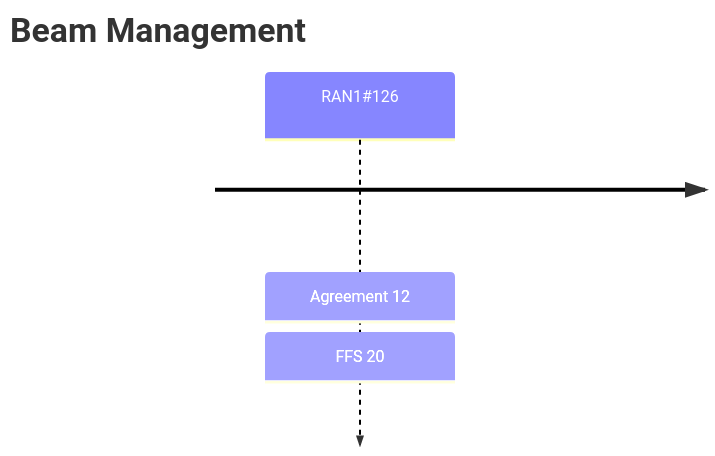
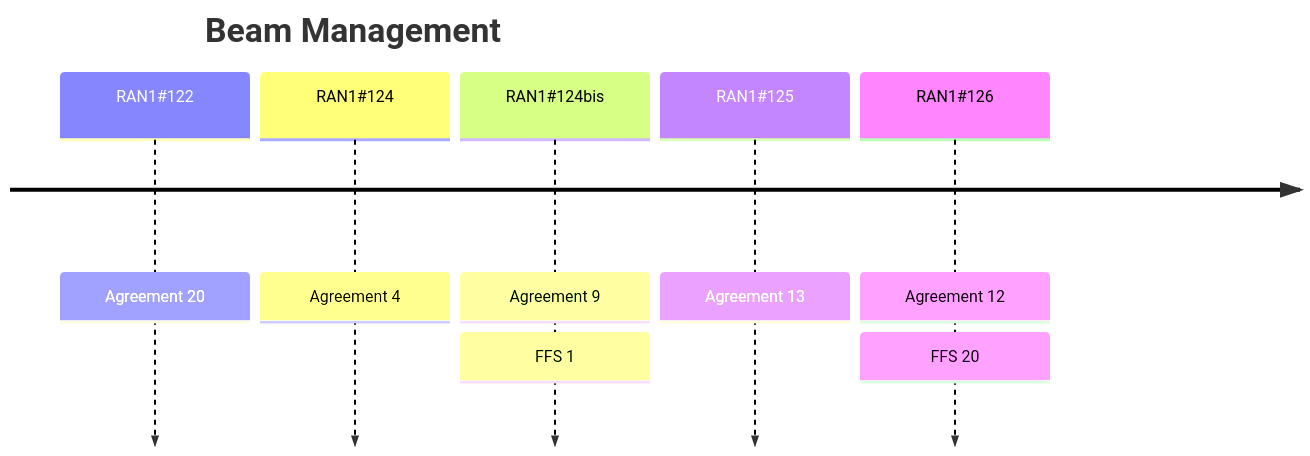
One commit to jgunmoon/JG_Test_Project changed the diagram in reports/by_item/beam_management.md. Above: the diagram before and after it, drawn with Mermaid. The commit also changed other lines of this file and 21 other files, not shown here.

````diff
--- a/reports/by_item/beam_management.md
+++ b/reports/by_item/beam_management.md
@@ -7,5 +7,9 @@
 ```mermaid
 timeline
     title Beam Management
+    RAN1#35;122 : Agreement 20
+    RAN1#35;124 : Agreement 4
+    RAN1#35;124bis : Agreement 9 : FFS 1
+    RAN1#35;125 : Agreement 13
     RAN1#35;126 : Agreement 12 : FFS 20
 ```
````
